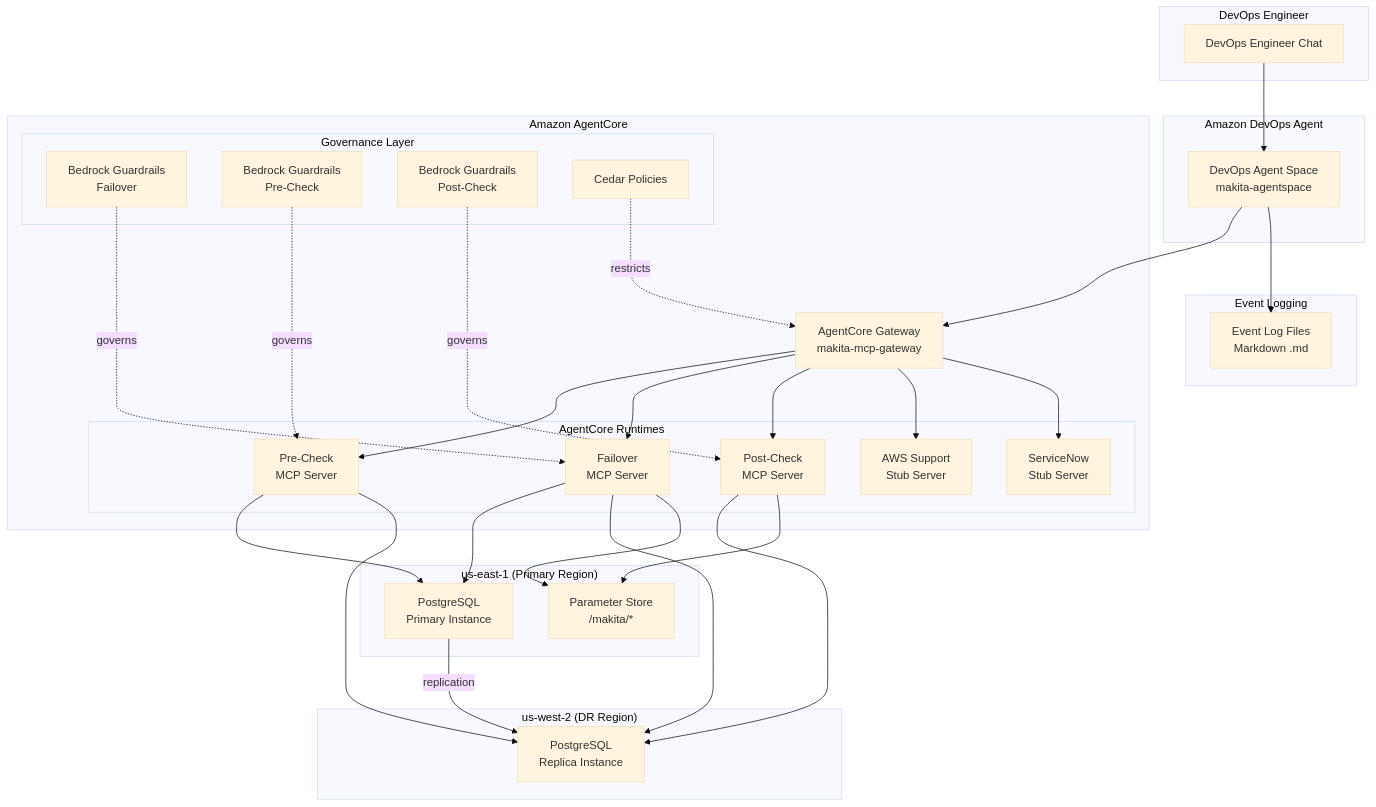
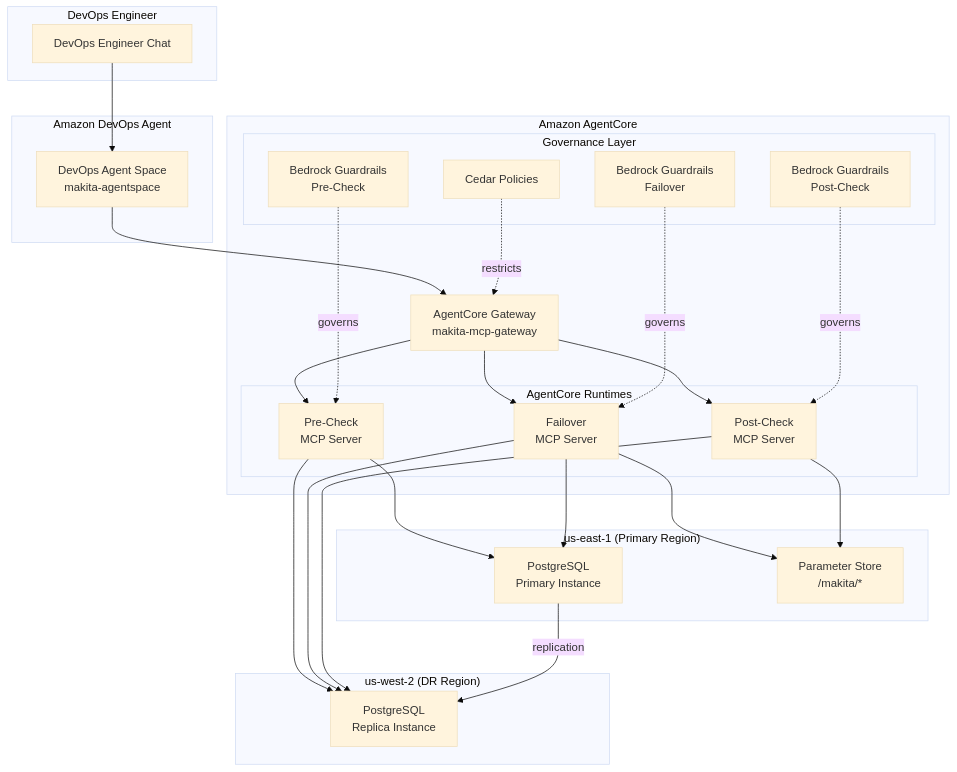
One commit to aws-samples/sample-support-data-analysis-with-bedrock changed the diagram in makita/README.md. Above: the diagram before and after it, drawn with Mermaid (base theme). The commit also changed other lines of this file and 30 other files, not shown here.

````diff
--- a/makita/README.md
+++ b/makita/README.md
@@ -25,66 +25,57 @@
 ```mermaid
 graph TB
     subgraph "DevOps Engineer"
         User[DevOps Engineer Chat]
     end
 
     subgraph "Amazon DevOps Agent"
         DA[DevOps Agent Space<br/>makita-agentspace]
     end
 
     subgraph "Amazon AgentCore"
         GW[AgentCore Gateway<br/>makita-mcp-gateway]
 
         subgraph "Governance Layer"
             BG_F[Bedrock Guardrails<br/>Failover]
             BG_Pre[Bedrock Guardrails<br/>Pre-Check]
             BG_Post[Bedrock Guardrails<br/>Post-Check]
             CP[Cedar Policies]
         end
 
         subgraph "AgentCore Runtimes"
             PreMCP[Pre-Check<br/>MCP Server]
             FailMCP[Failover<br/>MCP Server]
             PostMCP[Post-Check<br/>MCP Server]
-            AWSS[AWS Support<br/>Stub Server]
-            SNS[ServiceNow<br/>Stub Server]
         end
     end
 
     subgraph "us-east-1 (Primary Region)"
         PG_Primary[PostgreSQL<br/>Primary Instance]
         PS1[Parameter Store<br/>/makita/*]
     end
 
     subgraph "us-west-2 (DR Region)"
         PG_Replica[PostgreSQL<br/>Replica Instance]
     end
 
-    subgraph "Event Logging"
-        ELF[Event Log Files<br/>Markdown .md]
-    end
-
     User --> DA
     DA --> GW
     GW --> PreMCP
     GW --> FailMCP
     GW --> PostMCP
-    GW --> AWSS
-    GW --> SNS
 
     CP -.->|restricts| GW
     BG_F -.->|governs| FailMCP
     BG_Pre -.->|governs| PreMCP
     BG_Post -.->|governs| PostMCP
 
     PreMCP --> PG_Primary
     PreMCP --> PG_Replica
     FailMCP --> PG_Primary
     FailMCP --> PG_Replica
     FailMCP --> PS1
     PostMCP --> PG_Replica
     PostMCP --> PS1
-    DA --> ELF
 
     PG_Primary -->|replication| PG_Replica
 ```
````
